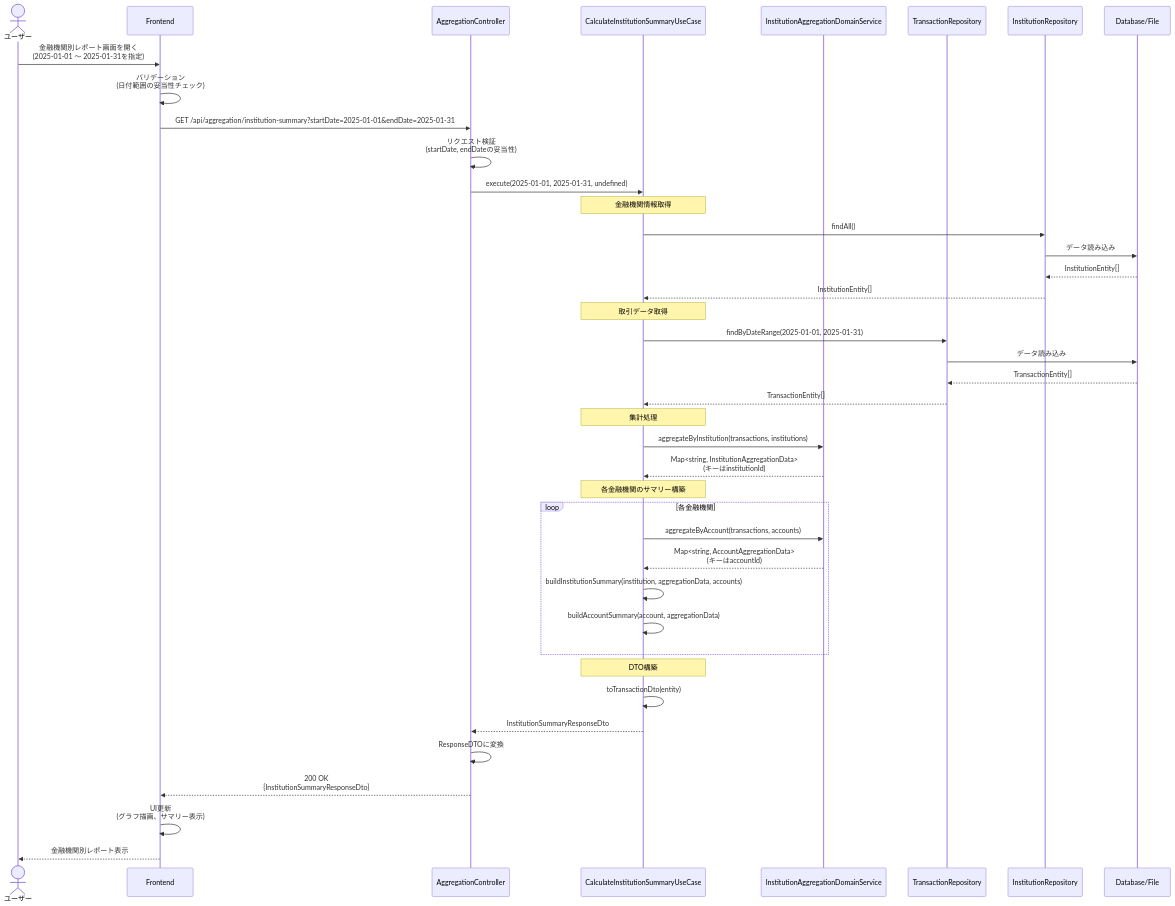
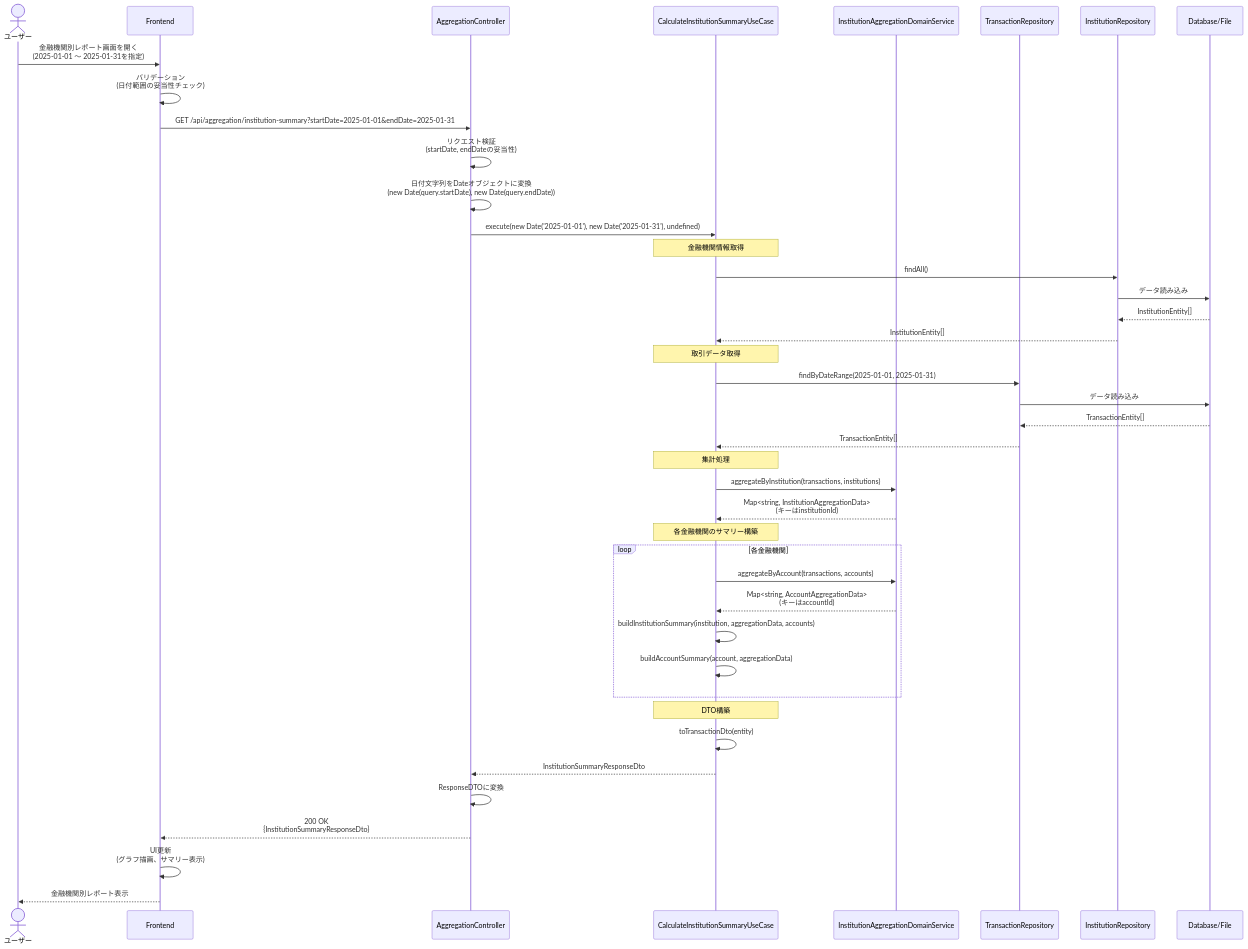
Before and after one commit to kencom2400/account-book: the first of 5 diagrams in docs/detailed-design/FR-017_institution-aggregation/sequence-diagrams.md, drawn with Mermaid. The commit also changed other lines of this file and 3 other files, not shown here.

````diff
--- a/docs/detailed-design/FR-017_institution-aggregation/sequence-diagrams.md
+++ b/docs/detailed-design/FR-017_institution-aggregation/sequence-diagrams.md
@@ -33,51 +33,52 @@
 ```mermaid
 sequenceDiagram
     actor User as ユーザー
     participant FE as Frontend
     participant API as AggregationController
     participant UC as CalculateInstitutionSummaryUseCase
     participant DS as InstitutionAggregationDomainService
     participant TRepo as TransactionRepository
     participant IRepo as InstitutionRepository
     participant DB as Database/File
 
     User->>FE: 金融機関別レポート画面を開く<br/>(2025-01-01 〜 2025-01-31を指定)
     FE->>FE: バリデーション<br/>(日付範囲の妥当性チェック)
     FE->>API: GET /api/aggregation/institution-summary?startDate=2025-01-01&endDate=2025-01-31
 
     API->>API: リクエスト検証<br/>(startDate, endDateの妥当性)
-    API->>UC: execute(2025-01-01, 2025-01-31, undefined)
+    API->>API: 日付文字列をDateオブジェクトに変換<br/>(new Date(query.startDate), new Date(query.endDate))
+    API->>UC: execute(new Date('2025-01-01'), new Date('2025-01-31'), undefined)
 
     Note over UC: 金融機関情報取得
     UC->>IRepo: findAll()
     IRepo->>DB: データ読み込み
     DB-->>IRepo: InstitutionEntity[]
     IRepo-->>UC: InstitutionEntity[]
 
     Note over UC: 取引データ取得
     UC->>TRepo: findByDateRange(2025-01-01, 2025-01-31)
     TRepo->>DB: データ読み込み
     DB-->>TRepo: TransactionEntity[]
     TRepo-->>UC: TransactionEntity[]
 
     Note over UC: 集計処理
     UC->>DS: aggregateByInstitution(transactions, institutions)
     DS-->>UC: Map<string, InstitutionAggregationData><br/>(キーはinstitutionId)
 
     Note over UC: 各金融機関のサマリー構築
     loop 各金融機関
         UC->>DS: aggregateByAccount(transactions, accounts)
         DS-->>UC: Map<string, AccountAggregationData><br/>(キーはaccountId)
         UC->>UC: buildInstitutionSummary(institution, aggregationData, accounts)
         UC->>UC: buildAccountSummary(account, aggregationData)
     end
 
     Note over UC: DTO構築
     UC->>UC: toTransactionDto(entity)
     UC-->>API: InstitutionSummaryResponseDto
 
     API->>API: ResponseDTOに変換
     API-->>FE: 200 OK<br/>{InstitutionSummaryResponseDto}
     FE->>FE: UI更新<br/>(グラフ描画、サマリー表示)
     FE-->>User: 金融機関別レポート表示
 ```
````
